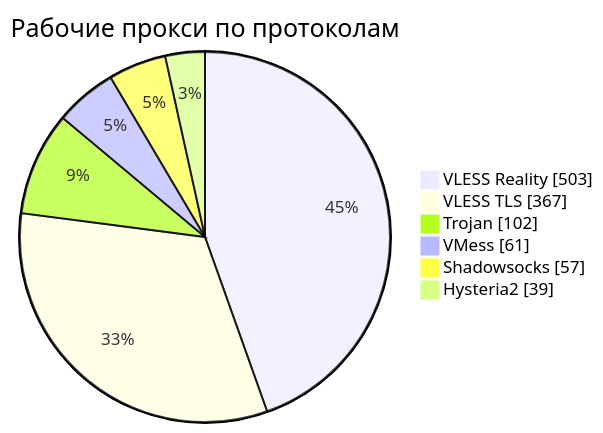
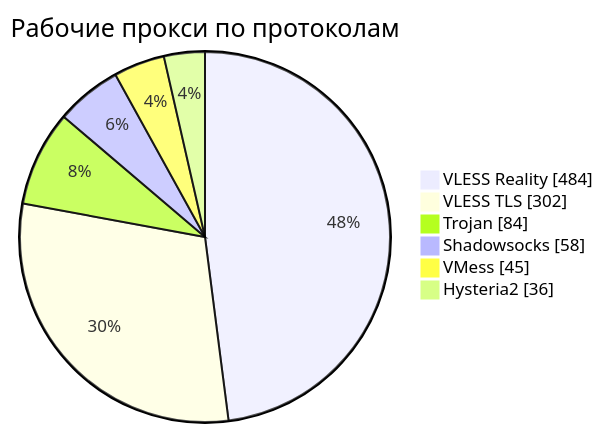
Before and after one commit to rvvg/proxy-subs: the third of 4 diagrams in README.md, drawn with Mermaid. The commit also changed other lines of this file and 50 other files, not shown here.

````diff
--- a/README.md
+++ b/README.md
@@ -140,10 +135,10 @@
 ```mermaid
 pie showData
     title Рабочие прокси по протоколам
-    "VLESS Reality" : 503
-    "VLESS TLS" : 367
-    "Trojan" : 102
-    "VMess" : 61
-    "Shadowsocks" : 57
-    "Hysteria2" : 39
+    "VLESS Reality" : 484
+    "VLESS TLS" : 302
+    "Trojan" : 84
+    "Shadowsocks" : 58
+    "VMess" : 45
+    "Hysteria2" : 36
 ```
````
